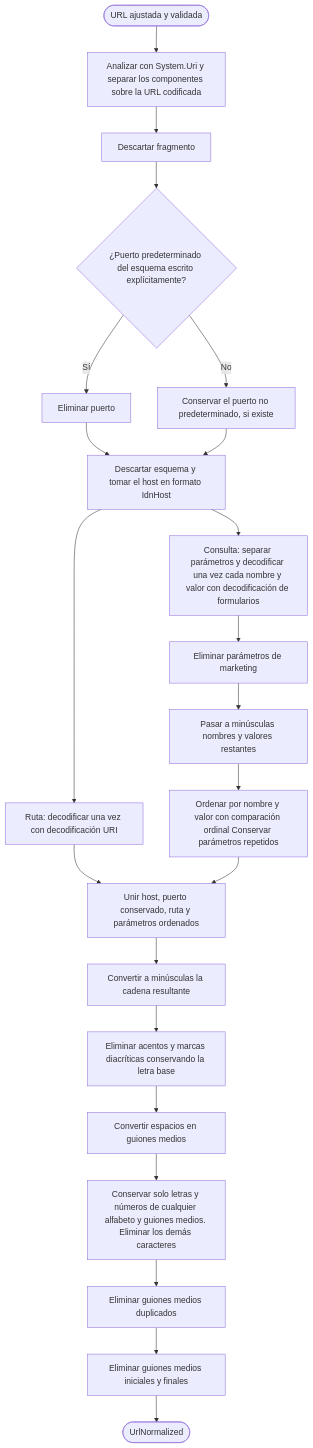
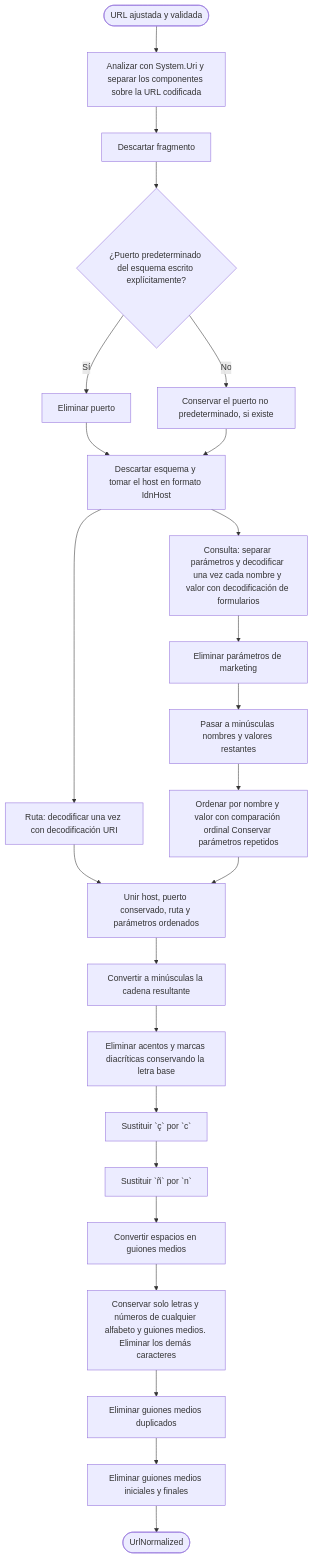
Before and after one commit to DaveSoftDev/Linkubator: the diagram in context/diagrams/process-url-normalization.md, drawn with Mermaid. The commit also changed 11 other files, not shown here.

````diff
--- a/context/diagrams/process-url-normalization.md
+++ b/context/diagrams/process-url-normalization.md
@@ -5,32 +5,34 @@
 ```mermaid
 flowchart TD
     start([URL ajustada y validada])
     parse["Analizar con System.Uri y separar los componentes sobre la URL codificada"]
     fragment["Descartar fragmento"]
     portChoice{"¿Puerto predeterminado del esquema escrito explícitamente?"}
     discardPort["Eliminar puerto"]
     keepPort["Conservar el puerto no predeterminado, si existe"]
     structure["Descartar esquema y tomar el host en formato IdnHost"]
     path["Ruta: decodificar una vez con decodificación URI"]
     query["Consulta: separar parámetros y decodificar una vez cada nombre y valor con decodificación de formularios"]
     removeMarketing["Eliminar parámetros de marketing"]
     lowercaseParams["Pasar a minúsculas nombres y valores restantes"]
     sortParams["Ordenar por nombre y valor con comparación ordinal Conservar parámetros repetidos"]
     combine["Unir host, puerto conservado, ruta y parámetros ordenados"]
     lowercaseUrl["Convertir a minúsculas la cadena resultante"]
     accents["Eliminar acentos y marcas diacríticas conservando la letra base"]
+    cedilla["Sustituir `ç` por `c`"]
+    enye["Sustituir `ñ` por `n`"]
     spaces["Convertir espacios en guiones medios"]
     allowed["Conservar solo letras y números de cualquier alfabeto y guiones medios. Eliminar los demás caracteres"]
     collapse["Eliminar guiones medios duplicados"]
     trim["Eliminar guiones medios iniciales y finales"]
     result([UrlNormalized])
 
     start --> parse --> fragment --> portChoice
     portChoice -->|Sí| discardPort --> structure
     portChoice -->|No| keepPort --> structure
     structure --> path
     structure --> query
     path --> combine
     query --> removeMarketing --> lowercaseParams --> sortParams --> combine
-    combine --> lowercaseUrl --> accents --> spaces --> allowed --> collapse --> trim --> result
+    combine --> lowercaseUrl --> accents --> cedilla --> enye --> spaces --> allowed --> collapse --> trim --> result
 ```
````
